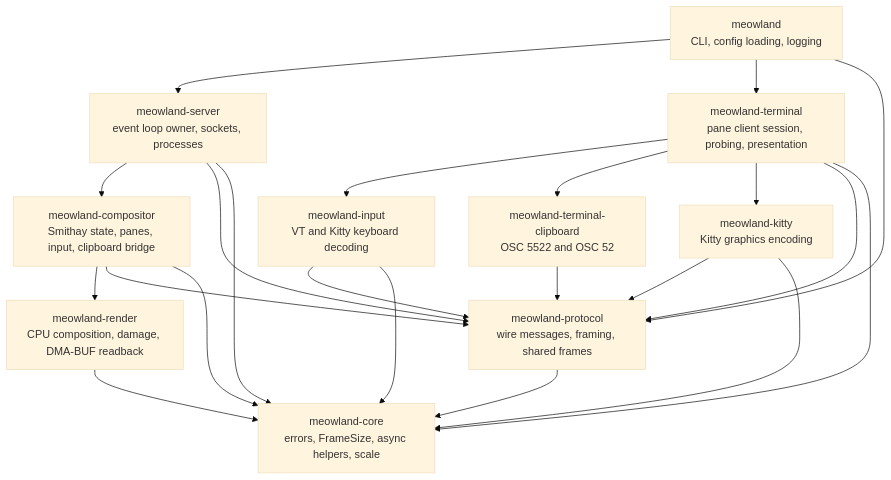
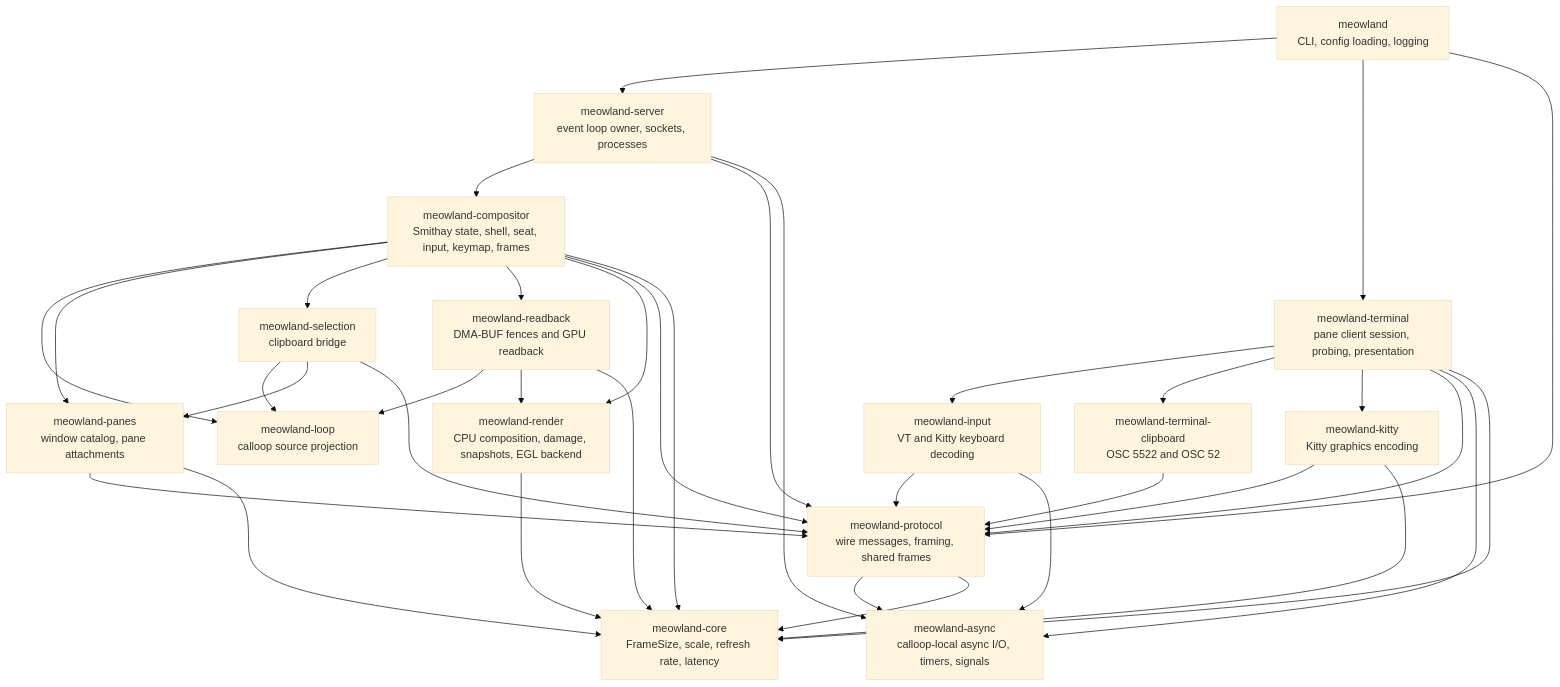
One commit to vidhanio/meowland changed the first of 3 diagrams in README.md. Above: the diagram before and after it, drawn with Mermaid (base theme). The commit also changed other lines of this file and 2 other files, not shown here.

Commit message:
Update TODO, README architecture, and add HANDOFF

````diff
--- a/README.md
+++ b/README.md
@@ -15,35 +15,54 @@
 ```mermaid
 flowchart TD
     bin["meowland<br/>CLI, config loading, logging"]
     server["meowland-server<br/>event loop owner, sockets, processes"]
-    compositor["meowland-compositor<br/>Smithay state, panes, input, clipboard bridge"]
-    render["meowland-render<br/>CPU composition, damage, DMA-BUF readback"]
+    compositor["meowland-compositor<br/>Smithay state, shell, seat, input, keymap, frames"]
+    loop["meowland-loop<br/>calloop source projection"]
+    panes["meowland-panes<br/>window catalog, pane attachments"]
+    selection["meowland-selection<br/>clipboard bridge"]
+    readback["meowland-readback<br/>DMA-BUF fences and GPU readback"]
+    render["meowland-render<br/>CPU composition, damage, snapshots, EGL backend"]
     terminal["meowland-terminal<br/>pane client session, probing, presentation"]
     input["meowland-input<br/>VT and Kitty keyboard decoding"]
     tclip["meowland-terminal-clipboard<br/>OSC 5522 and OSC 52"]
     kitty["meowland-kitty<br/>Kitty graphics encoding"]
     protocol["meowland-protocol<br/>wire messages, framing, shared frames"]
-    core["meowland-core<br/>errors, FrameSize, async helpers, scale"]
+    async["meowland-async<br/>calloop-local async I/O, timers, signals"]
+    core["meowland-core<br/>FrameSize, scale, refresh rate, latency"]
 
     bin --> server
     bin --> terminal
     bin --> protocol
     server --> compositor
     server --> protocol
+    server --> async
+    compositor --> loop
+    compositor --> panes
+    compositor --> selection
+    compositor --> readback
     compositor --> render
     compositor --> protocol
+    selection --> loop
+    selection --> panes
+    selection --> protocol
+    readback --> loop
+    readback --> render
+    panes --> protocol
     terminal --> input
     terminal --> tclip
     terminal --> kitty
     terminal --> protocol
+    terminal --> async
     input --> protocol
+    input --> async
     kitty --> protocol
     tclip --> protocol
+    protocol --> async
     protocol --> core
     render --> core
-    server --> core
+    panes --> core
+    readback --> core
     compositor --> core
     terminal --> core
-    input --> core
     kitty --> core
 ```
````
